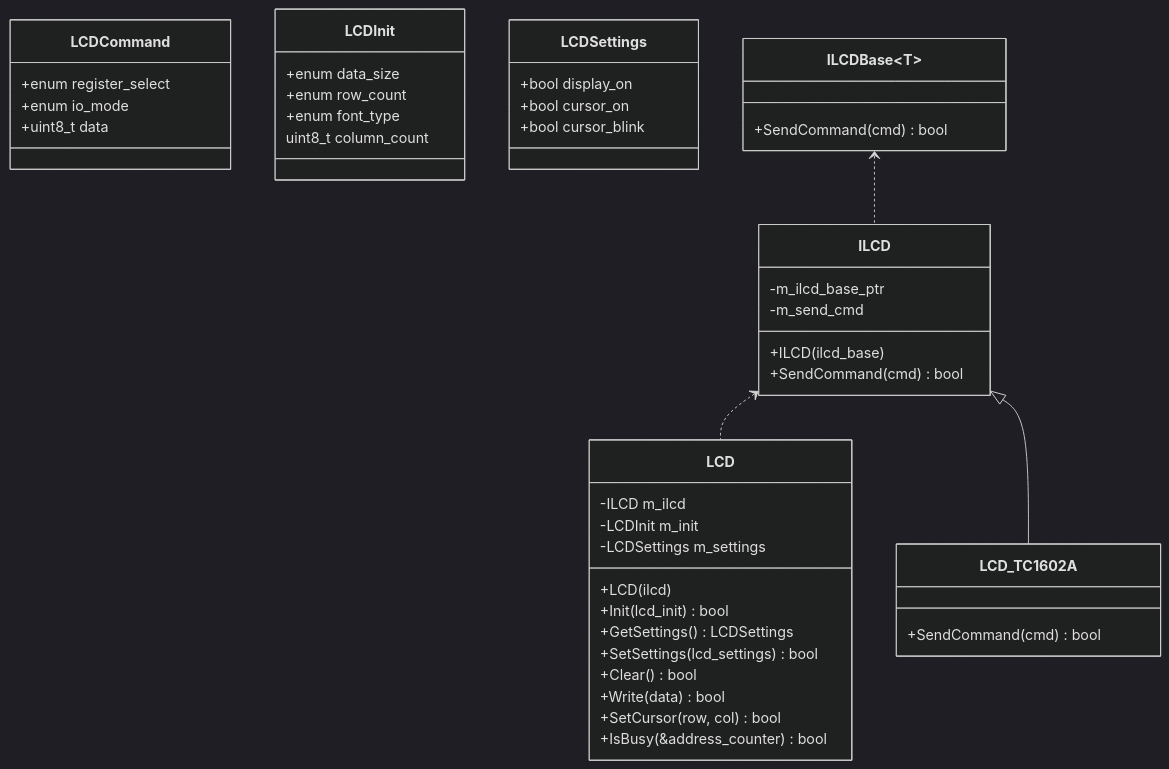
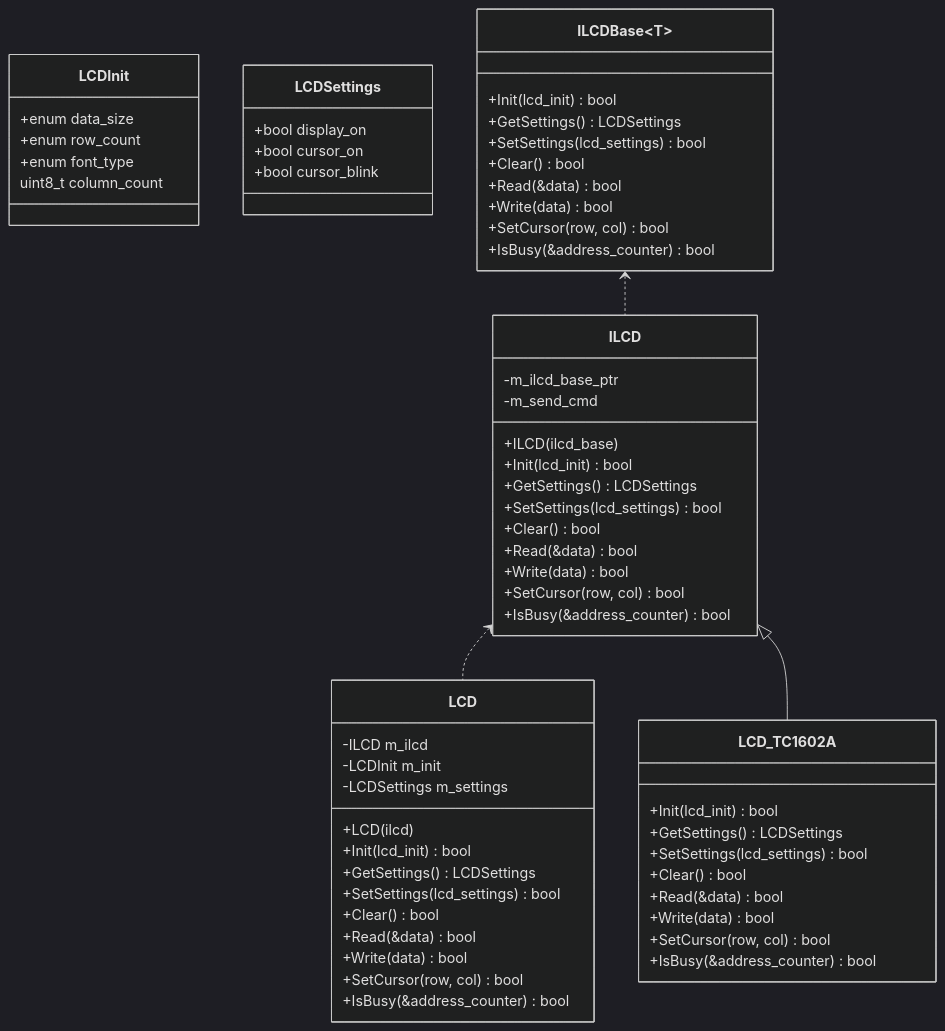
One commit to integralfx/TempSensor changed the diagram in docs/LCD.md. Above: the diagram before and after it, drawn with Mermaid (dark theme). The commit also changed other lines of this file and 6 other files, not shown here.

````diff
--- a/docs/LCD.md
+++ b/docs/LCD.md
@@ -5,56 +23,72 @@
 ```mermaid
 classDiagram
-    class LCDCommand {
-        +enum register_select
-        +enum io_mode
-        +uint8_t data
-    }
-
     class LCDInit {
         +enum data_size
         +enum row_count
         +enum font_type
         uint8_t column_count
     }
 
     class LCDSettings {
         +bool display_on
         +bool cursor_on
         +bool cursor_blink
     }
 
     class ILCDBase~T~ {
-        +SendCommand(cmd) bool
+        +Init(lcd_init) bool
+        +GetSettings() LCDSettings
+        +SetSettings(lcd_settings) bool
+        +Clear() bool
+        +Read(&data) bool
+        +Write(data) bool
+        +SetCursor(row, col) bool
+        +IsBusy(&address_counter) bool
     }
 
     class ILCD {
         -m_ilcd_base_ptr
         -m_send_cmd
 
         +ILCD(ilcd_base)
-        +SendCommand(cmd) bool
+        +Init(lcd_init) bool
+        +GetSettings() LCDSettings
+        +SetSettings(lcd_settings) bool
+        +Clear() bool
+        +Read(&data) bool
+        +Write(data) bool
+        +SetCursor(row, col) bool
+        +IsBusy(&address_counter) bool
     }
 
     class LCD {
         -ILCD m_ilcd
         -LCDInit m_init
         -LCDSettings m_settings
 
         +LCD(ilcd)
         +Init(lcd_init) bool
         +GetSettings() LCDSettings
         +SetSettings(lcd_settings) bool
         +Clear() bool
+        +Read(&data) bool
         +Write(data) bool
         +SetCursor(row, col) bool
         +IsBusy(&address_counter) bool
     }
 
     class LCD_TC1602A {
-        +SendCommand(cmd) bool
+        +Init(lcd_init) bool
+        +GetSettings() LCDSettings
+        +SetSettings(lcd_settings) bool
+        +Clear() bool
+        +Read(&data) bool
+        +Write(data) bool
+        +SetCursor(row, col) bool
+        +IsBusy(&address_counter) bool
     }
 
     ILCDBase~T~ <.. ILCD
     ILCD <.. LCD
     ILCD <|-- LCD_TC1602A
 ```
````
